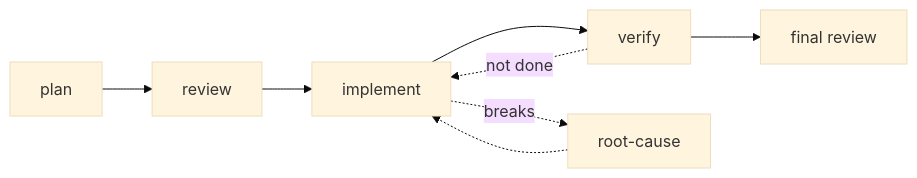
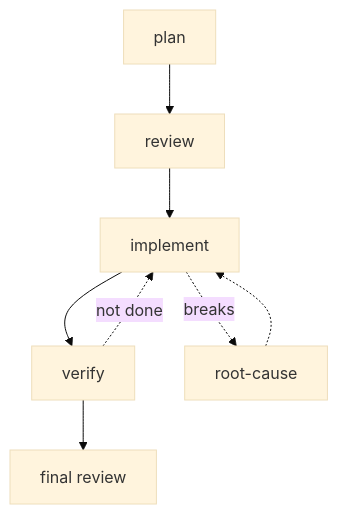
One commit to brandonburrus/.claude changed the second of 2 diagrams in README.md. Above: the diagram before and after it, drawn with Mermaid (base theme). The commit also changed other lines of this file, not shown here.

Commit message:
docs: switch README diagrams to top-down

````diff
--- a/README.md
+++ b/README.md
@@ -31,7 +25,7 @@
 ```mermaid
-flowchart LR
+flowchart TD
   PL[plan] --> PR[review] --> TI[implement] --> CV[verify] --> FR[final review]
   CV -. not done .-> TI
   TI -. breaks .-> RC[root-cause]
   RC -.-> TI
 ```
````
